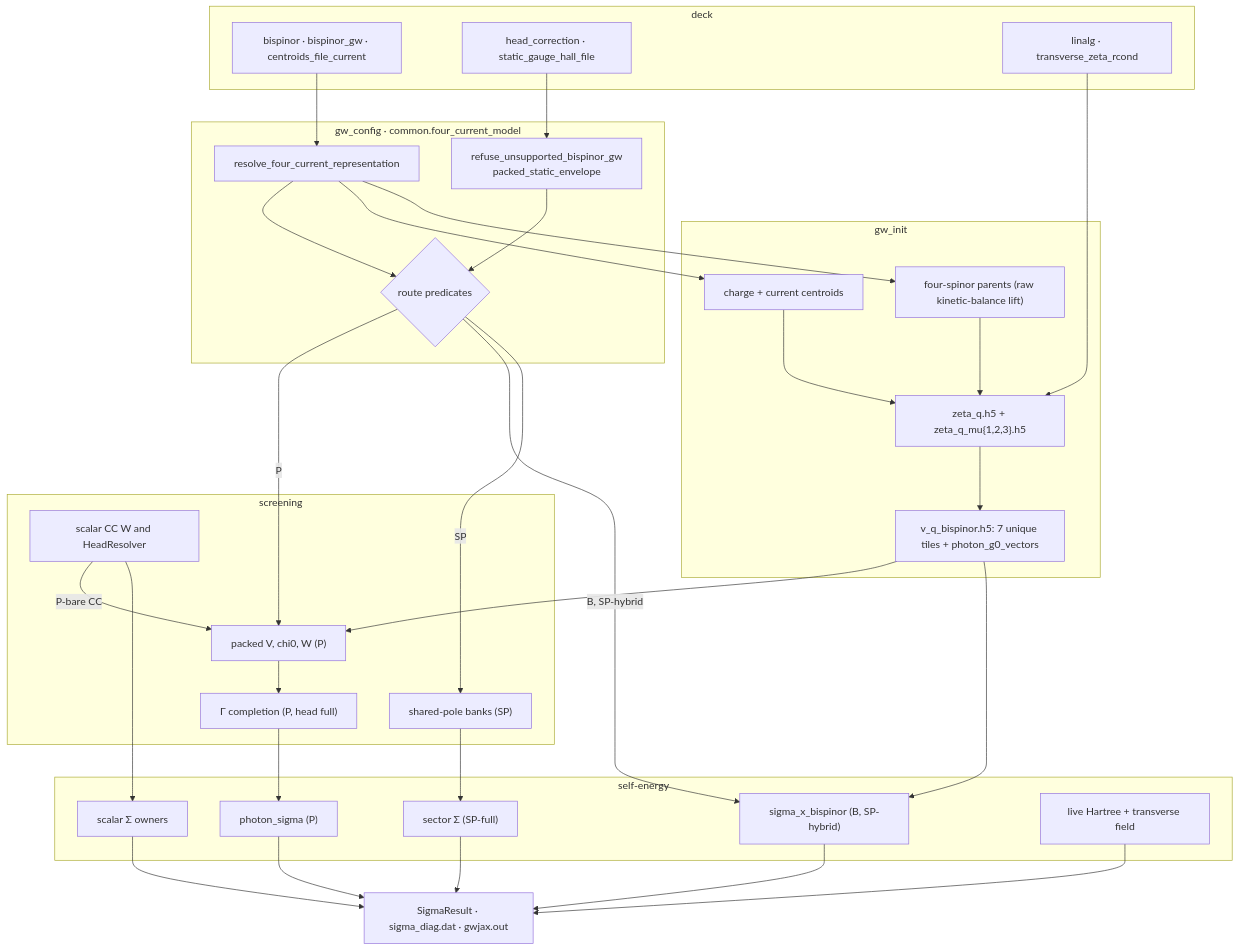
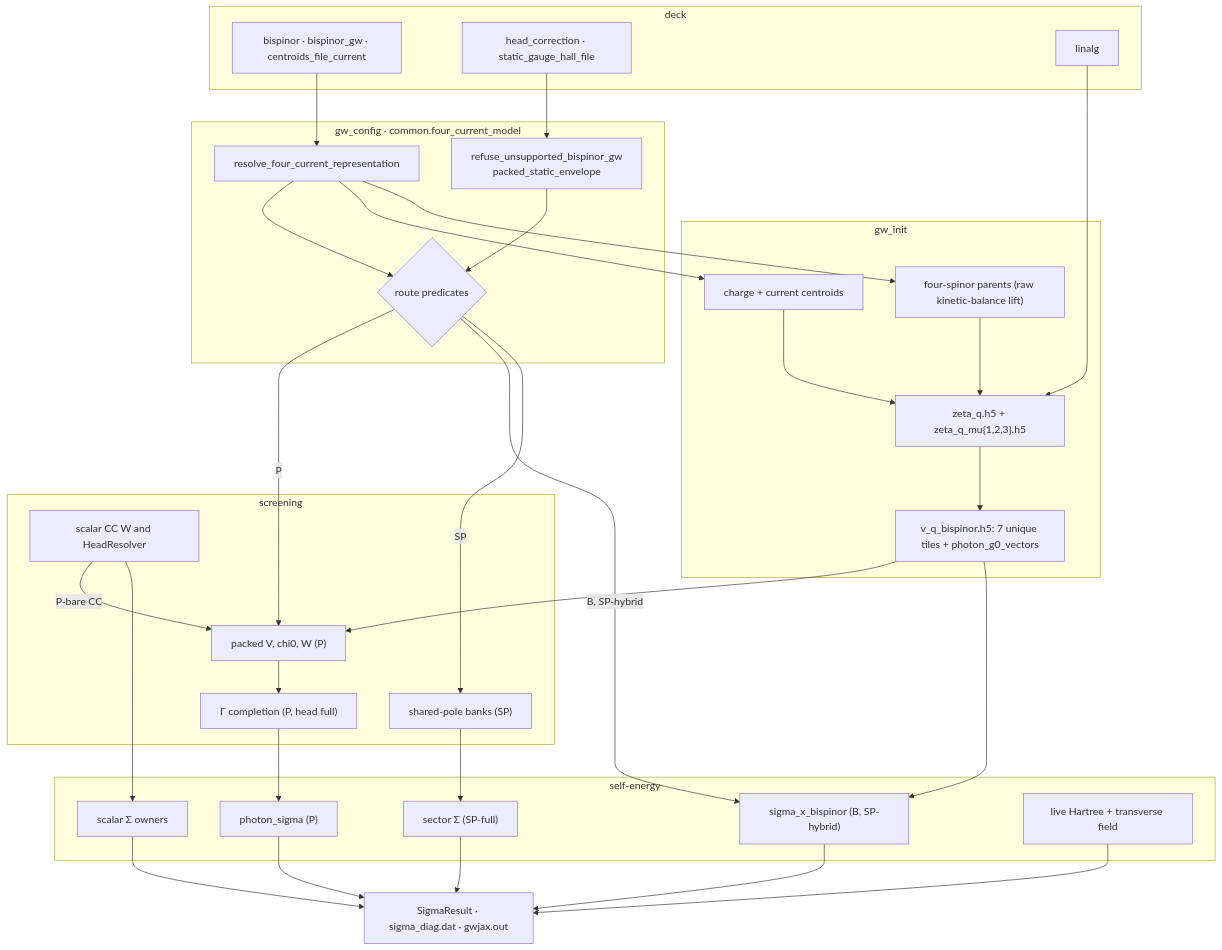
The diagram in docs/architecture/four_current_wiring.md (jackmcarthur/lorrax), drawn with Mermaid before and after one commit. The commit also changed other lines of this file and 4 other files, not shown here.

````diff
--- a/docs/architecture/four_current_wiring.md
+++ b/docs/architecture/four_current_wiring.md
@@ -78,54 +78,54 @@
 ```mermaid
 flowchart TD
   subgraph DECK["deck"]
     K1["bispinor · bispinor_gw · centroids_file_current"]
     K2["head_correction · static_gauge_hall_file"]
-    K3["linalg · transverse_zeta_rcond"]
+    K3["linalg"]
   end
   subgraph CFG["gw_config · common.four_current_model"]
     R["resolve_four_current_representation"]
     E["refuse_unsupported_bispinor_gw<br/>packed_static_envelope"]
     F{"route predicates"}
   end
   subgraph INIT["gw_init"]
     C["charge + current centroids"]
     L["four-spinor parents (raw kinetic-balance lift)"]
     Z["zeta_q.h5 + zeta_q_mu{1,2,3}.h5"]
     VQ["v_q_bispinor.h5: 7 unique tiles + photon_g0_vectors"]
   end
   subgraph SCR["screening"]
     SW["scalar CC W and HeadResolver"]
     PK["packed V, chi0, W (P)"]
     HD["Γ completion (P, head full)"]
     SP["shared-pole banks (SP)"]
   end
   subgraph SIG["self-energy"]
     PS["photon_sigma (P)"]
     SB["sigma_x_bispinor (B, SP-hybrid)"]
     CS["scalar Σ owners"]
     SS["sector Σ (SP-full)"]
     HT["live Hartree + transverse field"]
   end
   OUT["SigmaResult · sigma_diag.dat · gwjax.out"]
   K1 --> R --> F
   K2 --> E
   E --> F
   K3 --> Z
   R --> C --> Z
   R --> L --> Z
   Z --> VQ
   F -->|P| PK
   F -->|B, SP-hybrid| SB
   F -->|SP| SP
   VQ --> PK
   SW -->|P-bare CC| PK
   PK --> HD --> PS
   VQ --> SB
   SW --> CS
   SP --> SS
   PS --> OUT
   SB --> OUT
   CS --> OUT
   SS --> OUT
   HT --> OUT
 ```
````
